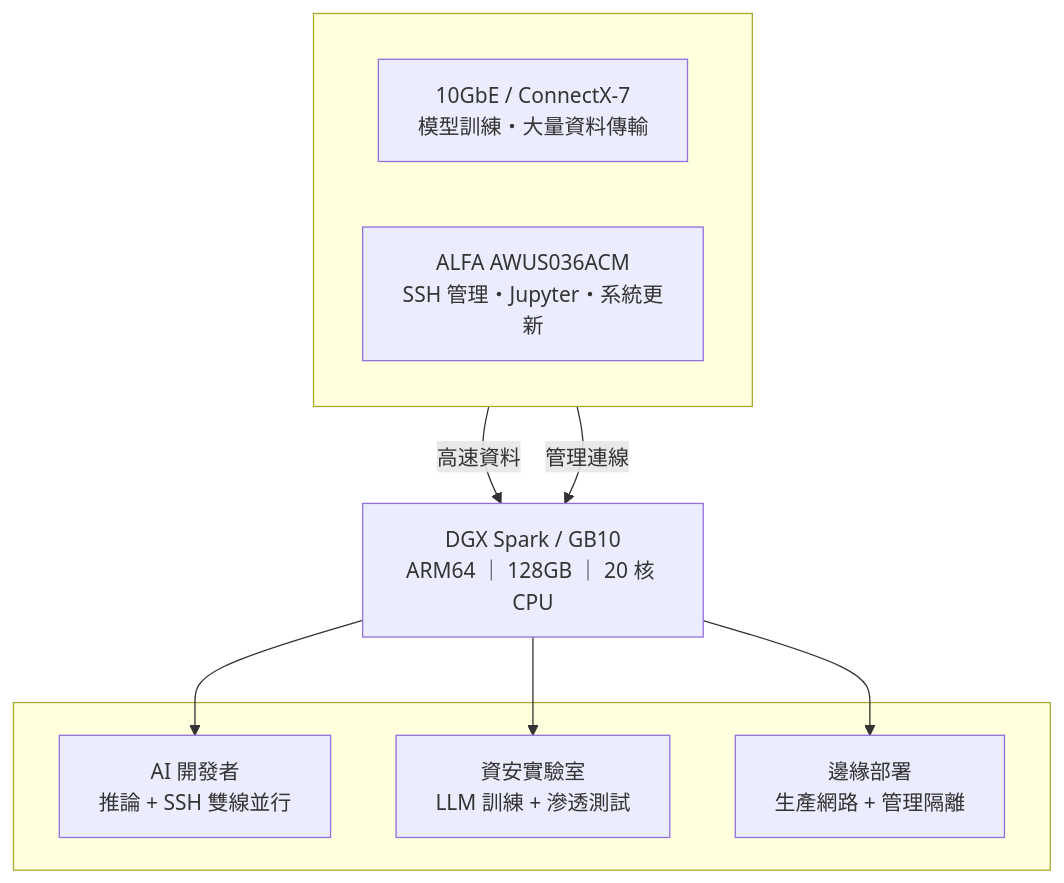
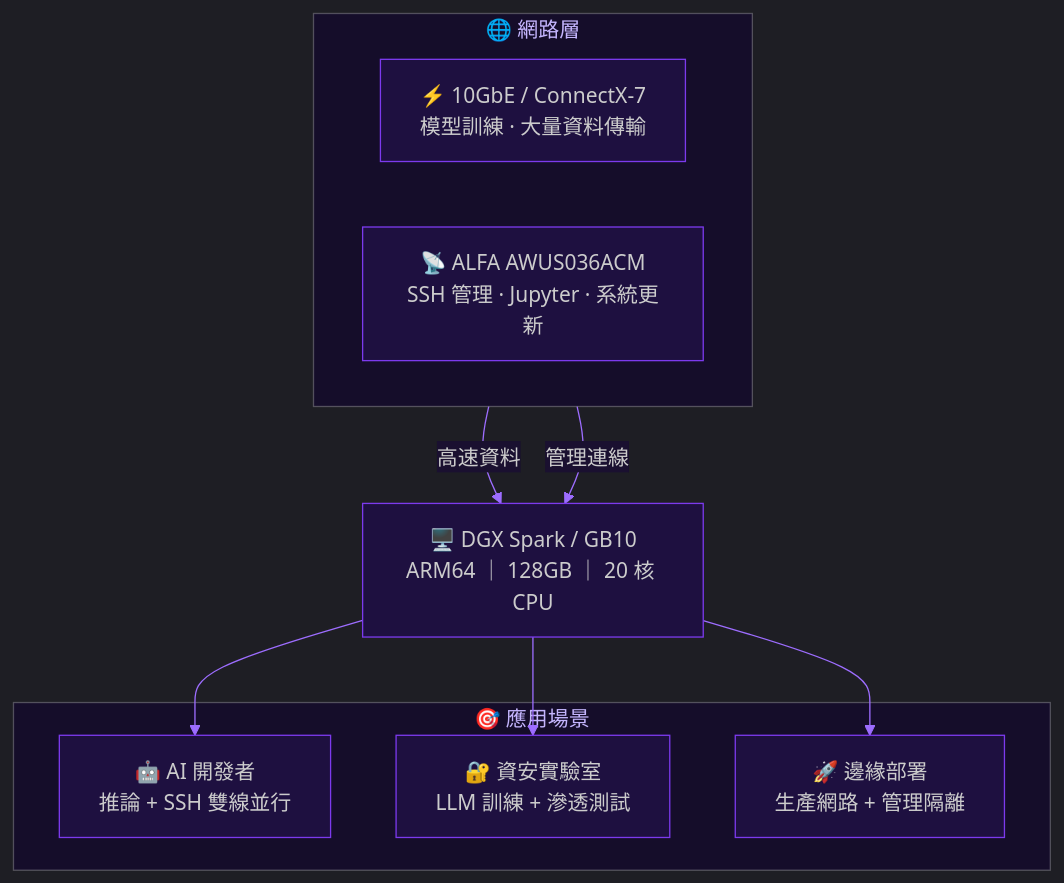
The diagram in content/zh-tw/blog/dgx-spark-gb10-wifi-alfa-usb-fix/_index.md (yopitek/yupitek_official_web), drawn with Mermaid before and after one commit. The commit also changed 9 other files, not shown here.

First line of the commit message:
style: upgrade mermaid diagram to cyber purple theme (all 10 languages)

````diff
--- a/content/zh-tw/blog/dgx-spark-gb10-wifi-alfa-usb-fix/_index.md
+++ b/content/zh-tw/blog/dgx-spark-gb10-wifi-alfa-usb-fix/_index.md
@@ -217,22 +217,23 @@
 ```mermaid
+%%{init:{"theme":"dark","themeVariables":{"primaryColor":"#2d1f4e","primaryTextColor":"#e2d9f3","primaryBorderColor":"#7c3aed","lineColor":"#9d6dff","secondaryColor":"#1a1030","tertiaryColor":"#0e0818","background":"#0e0818","mainBkg":"#1e1040","nodeBorder":"#7c3aed","clusterBkg":"#150d2a","titleColor":"#c4b5fd","edgeLabelBackground":"#1a1030","attributeBackgroundColorEven":"#1e1040","attributeBackgroundColorOdd":"#150d2a"}}}%%
 flowchart TD
-    subgraph 網路[" "]
+    subgraph sub1["🌐 網路層"]
         direction LR
-        A["10GbE / ConnectX-7<br/>模型訓練・大量資料傳輸"]
-        B["ALFA AWUS036ACM<br/>SSH 管理・Jupyter・系統更新"]
+        A["⚡ 10GbE / ConnectX-7<br/>模型訓練 · 大量資料傳輸"]
+        B["📡 ALFA AWUS036ACM<br/>SSH 管理 · Jupyter · 系統更新"]
     end
 
-    C["DGX Spark / GB10<br/>ARM64 ｜ 128GB ｜ 20 核 CPU"]
+    C["🖥️ DGX Spark / GB10<br/>ARM64 ｜ 128GB ｜ 20 核 CPU"]
 
-    subgraph 場景[" "]
-        D["AI 開發者<br/>推論 + SSH 雙線並行"]
-        E["資安實驗室<br/>LLM 訓練 + 滲透測試"]
-        F["邊緣部署<br/>生產網路 + 管理隔離"]
+    subgraph sub2["🎯 應用場景"]
+        D["🤖 AI 開發者<br/>推論 + SSH 雙線並行"]
+        E["🔐 資安實驗室<br/>LLM 訓練 + 滲透測試"]
+        F["🚀 邊緣部署<br/>生產網路 + 管理隔離"]
     end
 
     A -->|高速資料| C
     B -->|管理連線| C
     C --> D
     C --> E
     C --> F
 ```
````
